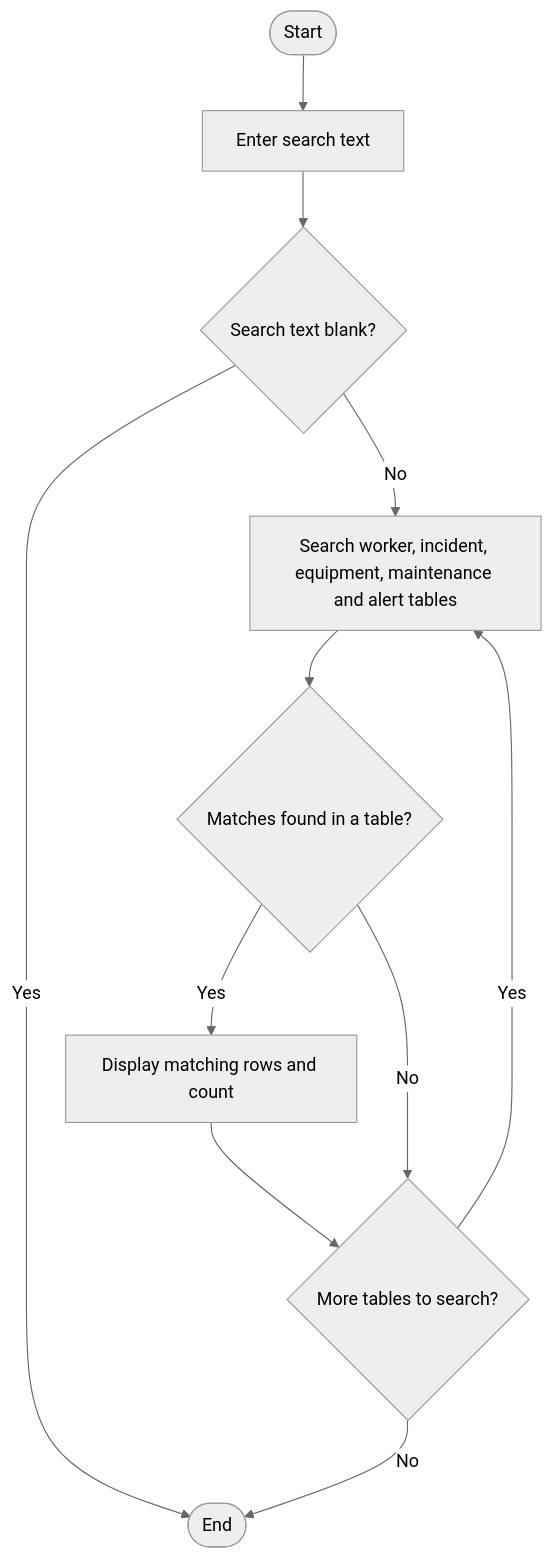
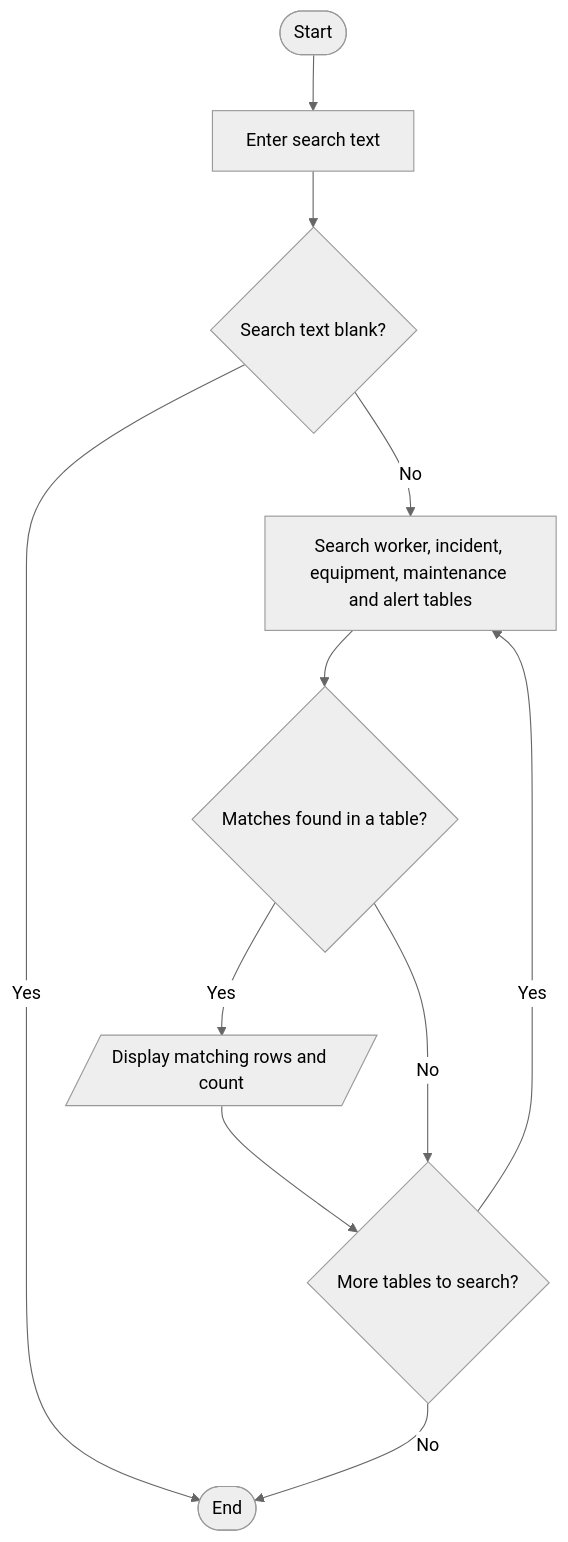
One commit to 2942996/KHWEZI-MINING-APP changed the fifth of 12 diagrams in Algorithms, Flowcharts and Pseudocode/flowcharts/FLOWCHARTS.md. Above: the diagram before and after it, drawn with Mermaid (neutral theme). The commit also changed other lines of this file, not shown here.

First line of the commit message:
Refactor flowchart error messages for clarity

````diff
--- a/Algorithms, Flowcharts and Pseudocode/flowcharts/FLOWCHARTS.md
+++ b/Algorithms, Flowcharts and Pseudocode/flowcharts/FLOWCHARTS.md
@@ -76,13 +76,13 @@
 ```mermaid
 flowchart TD
     A([Start]) --> B[Enter search text]
     B --> C{Search text blank?}
     C -- Yes --> D([End])
     C -- No --> E[Search worker, incident, equipment, maintenance and alert tables]
     E --> F{Matches found in a table?}
-    F -- Yes --> G[Display matching rows and count]
+    F -- Yes --> G[/Display matching rows and count/]
     G --> H{More tables to search?}
     H -- Yes --> E
     H -- No --> D
     F -- No --> H
 ```
````
